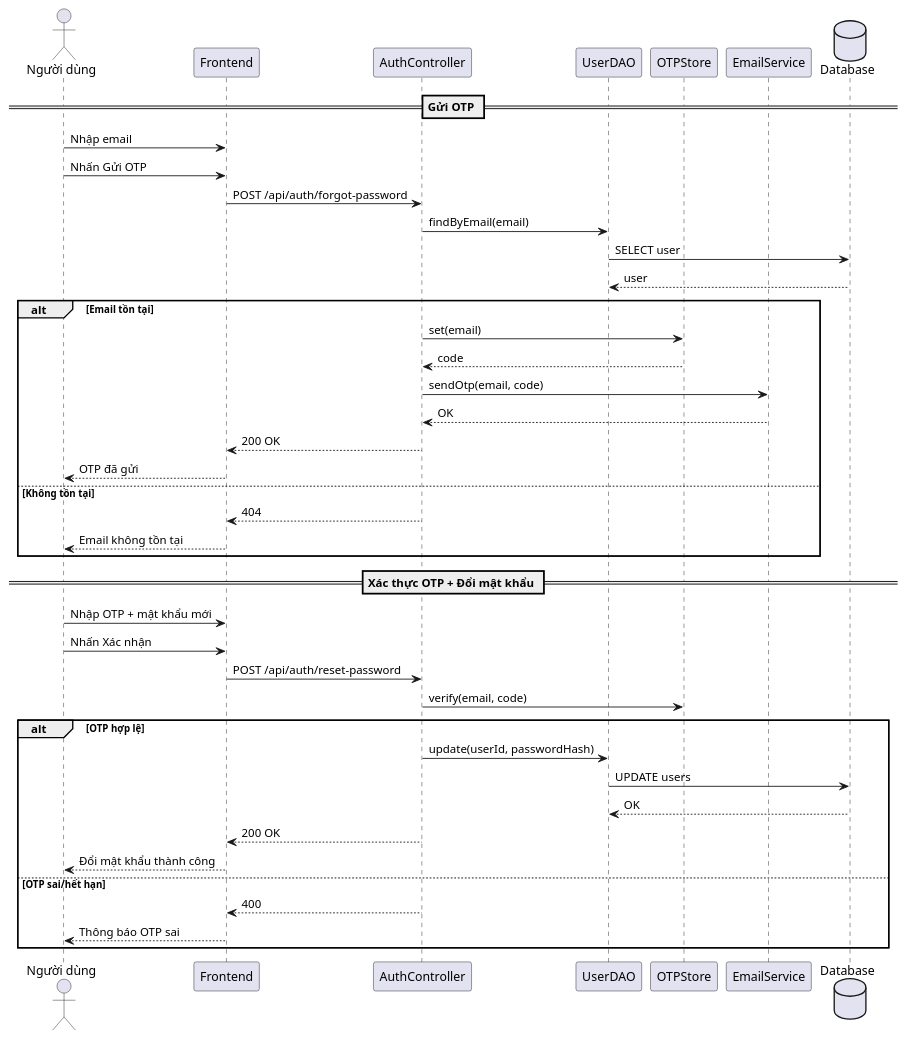
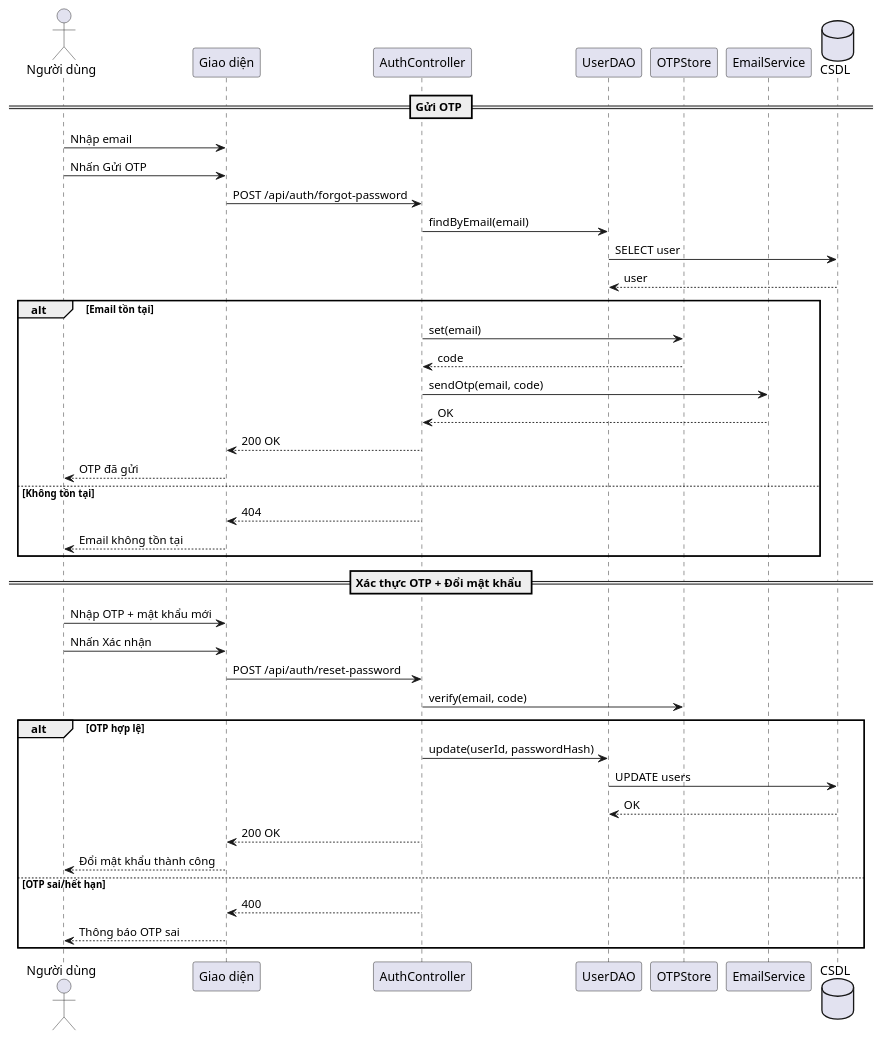
The diagram in diagrams/nhomxacthuc/auth_otp_password_sequence.puml (s0nbuildtech287/dormitory-frontend), drawn with PlantUML before and after one commit. The commit also changed 39 other files, not shown here.

```diff
--- a/diagrams/nhomxacthuc/auth_otp_password_sequence.puml
+++ b/diagrams/nhomxacthuc/auth_otp_password_sequence.puml
@@ -1,45 +1,45 @@
-@startuml
+@startuml "Auth OTP Password Sequence"
 ' Sequence Diagram: OTP + Reset Password
 actor "Người dùng" as User
-participant "Frontend" as FE
+participant "Giao diện" as FE
 participant "AuthController" as AuthC
 participant "UserDAO" as UserDAO
 participant "OTPStore" as OTP
 participant "EmailService" as Email
-database "Database" as DB
+database "CSDL" as DB
 
 == Gửi OTP ==
 User -> FE: Nhập email
 User -> FE: Nhấn Gửi OTP
 FE -> AuthC: POST /api/auth/forgot-password
 AuthC -> UserDAO: findByEmail(email)
 UserDAO -> DB: SELECT user
 DB --> UserDAO: user
 alt Email tồn tại
   AuthC -> OTP: set(email)
   OTP --> AuthC: code
   AuthC -> Email: sendOtp(email, code)
   Email --> AuthC: OK
   AuthC --> FE: 200 OK
   FE --> User: OTP đã gửi
 else Không tồn tại
   AuthC --> FE: 404
   FE --> User: Email không tồn tại
 end
 
 == Xác thực OTP + Đổi mật khẩu ==
 User -> FE: Nhập OTP + mật khẩu mới
 User -> FE: Nhấn Xác nhận
 FE -> AuthC: POST /api/auth/reset-password
 AuthC -> OTP: verify(email, code)
 alt OTP hợp lệ
   AuthC -> UserDAO: update(userId, passwordHash)
   UserDAO -> DB: UPDATE users
   DB --> UserDAO: OK
   AuthC --> FE: 200 OK
   FE --> User: Đổi mật khẩu thành công
 else OTP sai/hết hạn
   AuthC --> FE: 400
   FE --> User: Thông báo OTP sai
 end
 @enduml
```
